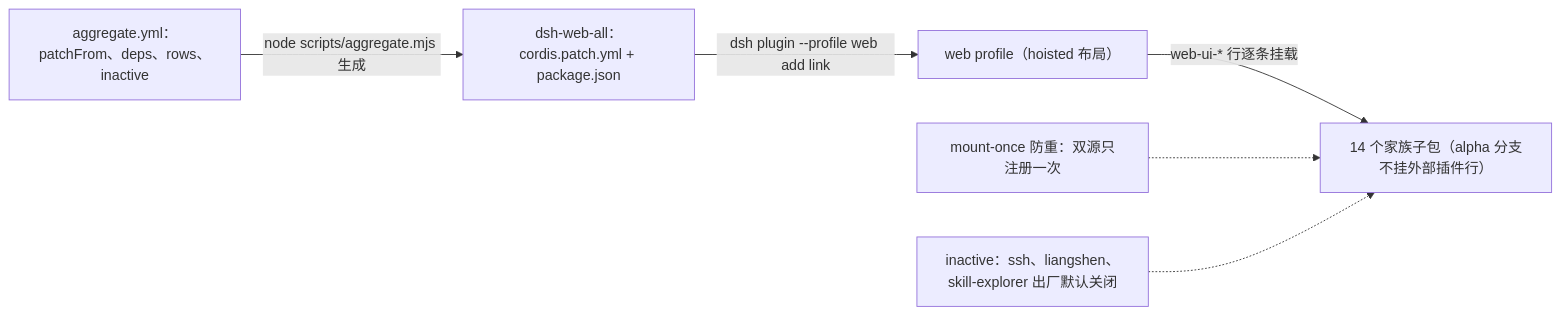
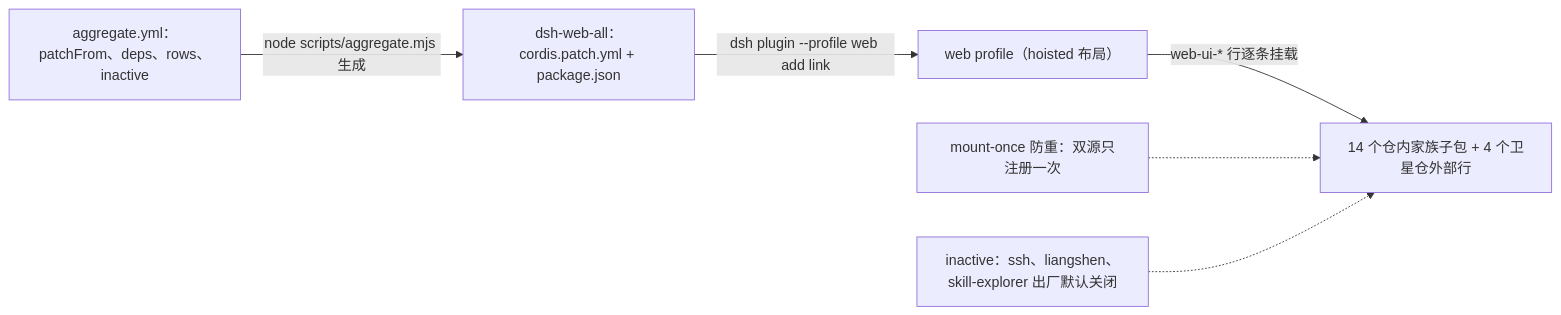
Before and after one commit to LoveDoLove-Forked-Projects/dsh-web: the fourth of 9 diagrams in docs/architecture.md, drawn with Mermaid. The commit also changed other lines of this file and 246 other files, not shown here.

Commit message:
docs: update README, architecture guides, and archive historical process notes

````diff
--- a/docs/architecture.md
+++ b/docs/architecture.md
@@ -76,8 +77,8 @@
 ```mermaid
 flowchart LR
     A["aggregate.yml：patchFrom、deps、rows、inactive"] -- "node scripts/aggregate.mjs 生成" --> B["dsh-web-all：cordis.patch.yml + package.json"]
     B -- "dsh plugin --profile web add link" --> C["web profile（hoisted 布局）"]
-    C -- "web-ui-* 行逐条挂载" --> D["14 个家族子包（alpha 分支不挂外部插件行）"]
+    C -- "web-ui-* 行逐条挂载" --> D["14 个仓内家族子包 + 4 个卫星仓外部行"]
     E["mount-once 防重：双源只注册一次"] -.-> D
     F["inactive：ssh、liangshen、skill-explorer 出厂默认关闭"] -.-> D
 ```
````
